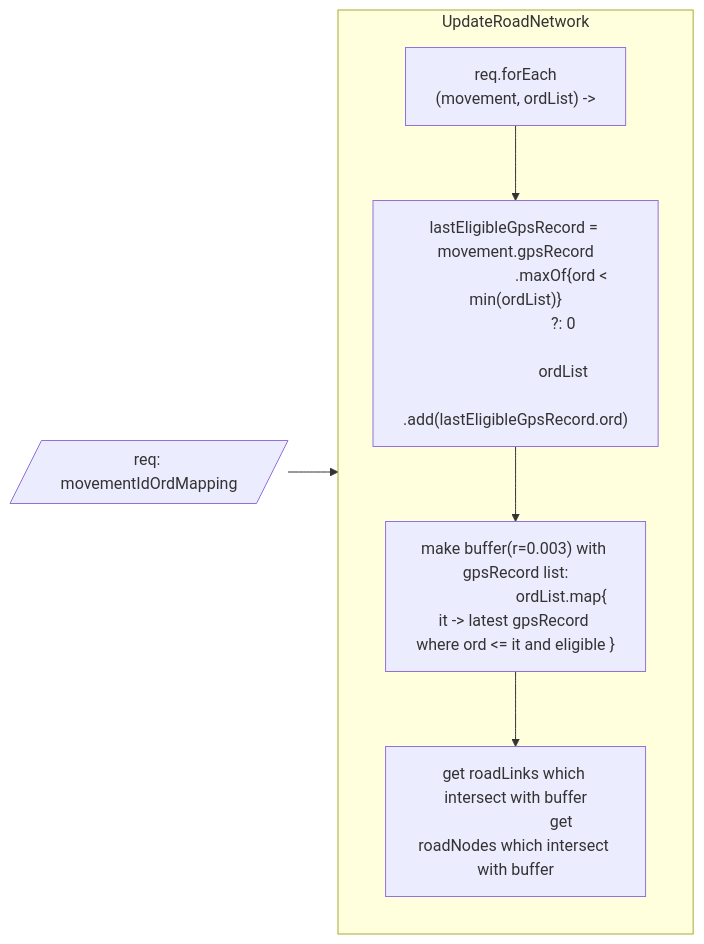
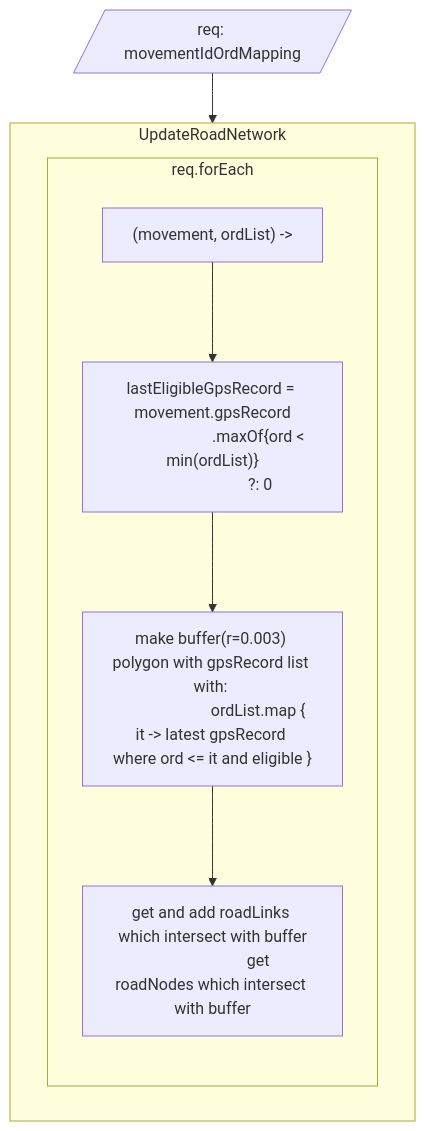
Before and after one commit to tw-yoo/appmeter-revising-flowchart: the diagram in 1_update_road_network.mmd, drawn with Mermaid. The commit also changed 1 other file, not shown here.

Commit message:
wip: forEach 문 수정 중

```diff
--- a/1_update_road_network.mmd
+++ b/1_update_road_network.mmd
@@ -1,35 +1,31 @@
-flowchart LR
+flowchart TB
 
 	I[/req: movementIdOrdMapping/]
-	GpsRecordListForEach["
-		req.forEach
-		(movement, ordList) ->
-	"]
 	subgraph UpdateRoadNetwork
-		direction TB
 
-		UpdateOrdList["
+	subgraph req.forEach 
+		it["(movement, ordList) ->"]
+
+		UpdateOrdList2["
 			lastEligibleGpsRecord = movement.gpsRecord
 			.maxOf{ord < min(ordList)}
 			?: 0
-
-			ordList
-			.add(lastEligibleGpsRecord.ord)
-
 		"]
 
-		GetLatestEligibleGpsRecord["
-			make buffer(r=0.003) with gpsRecord list:
-			ordList.map{ it -> latest gpsRecord where ord <= it and eligible }
+		GetLatestEligibleGpsRecord2["
+			make buffer(r=0.003) polygon with gpsRecord list with: 
+			ordList.map { it -> latest gpsRecord where ord <= it and eligible }
 		"]
 
-		GetRoadLink["
-			get roadLinks which intersect with buffer
+		GetRoadLink2["
+			get and add roadLinks which intersect with buffer
 			get roadNodes which intersect with buffer
 		"]
 
+		it --> UpdateOrdList2 --> GetLatestEligibleGpsRecord2 --> GetRoadLink2
 
-	GpsRecordListForEach --> UpdateOrdList --> GetLatestEligibleGpsRecord --> GetRoadLink
+	end
+		
 	end
 
 I --> UpdateRoadNetwork
```
